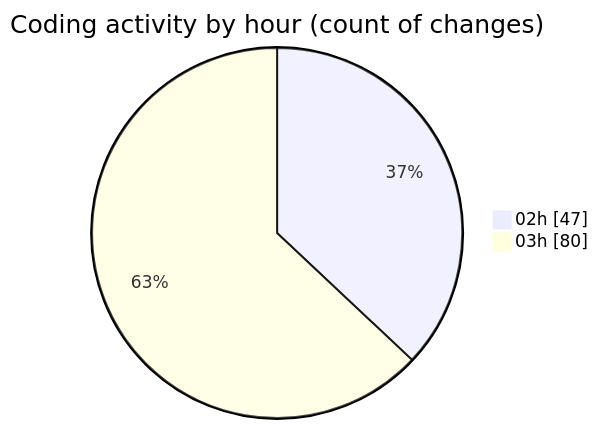
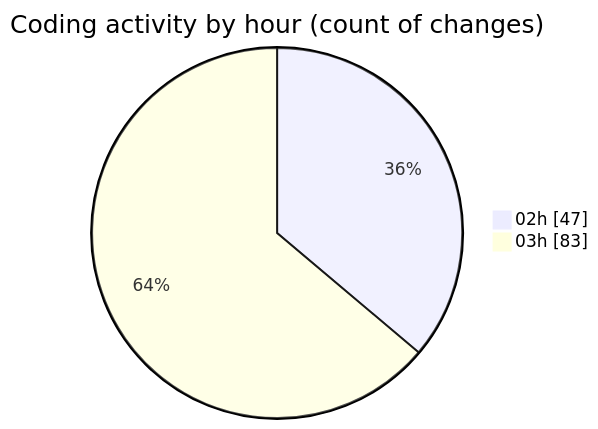
Before and after one commit to ernivani/code-tracking: the second of 2 diagrams in 2025-01-02/3drust/README.md, drawn with Mermaid. The commit also changed other lines of this file and 2 other files, not shown here.

````diff
--- a/2025-01-02/3drust/README.md
+++ b/2025-01-02/3drust/README.md
@@ -40,6 +40,6 @@
 ```mermaid
 pie showData
 title Coding activity by hour (count of changes)
 "02h" : 47
-"03h" : 80
+"03h" : 83
 ```
````
